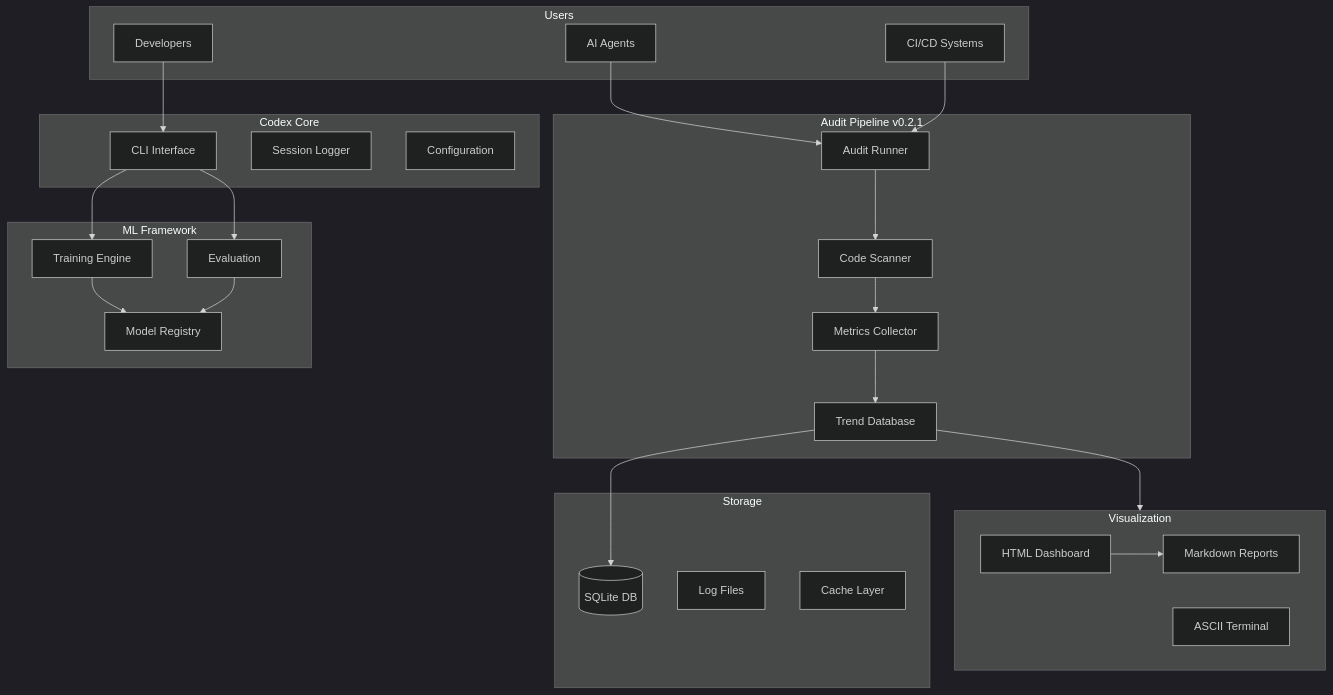
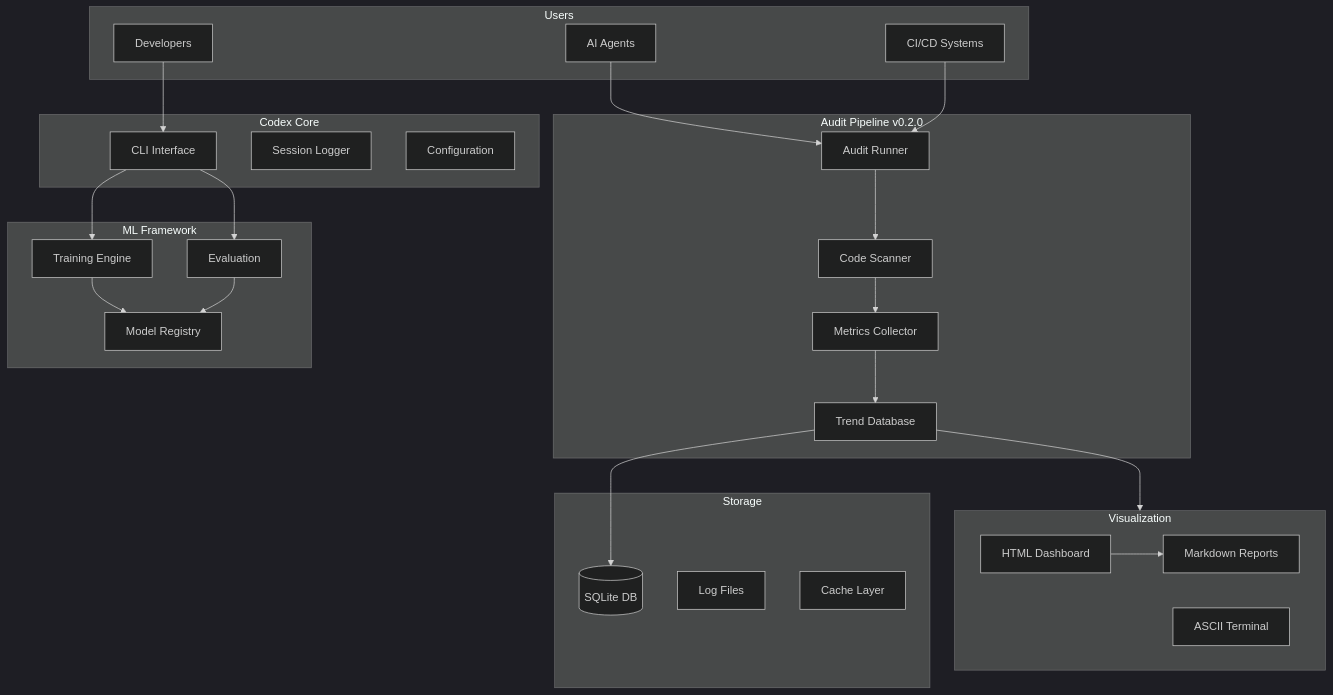
One commit to Aries-Serpent/_codex_ changed the diagram in docs/ARCHITECTURE_BLUEPRINT.md. Above: the diagram before and after it, drawn with Mermaid (dark theme). The commit also changed other lines of this file and 4117 other files, not shown here.

````diff
--- a/docs/ARCHITECTURE_BLUEPRINT.md
+++ b/docs/ARCHITECTURE_BLUEPRINT.md
@@ -229,59 +229,67 @@
 ```mermaid
 %%{init: {'accessibility': {'title': 'Flowchart showing " Users", Developers'}}%%
+
 flowchart TB
  subgraph Users[" Users"]
  Dev[Developers]
  Agent[AI Agents]
  CI[CI/CD Systems]
  end
 
  subgraph Core[" Codex Core"]
  CLI[CLI Interface]
  Logging[Session Logger]
  Config[Configuration]
  end
 
- subgraph Pipeline[" Audit Pipeline v0.2.1"]
+ subgraph Pipeline[" Audit Pipeline v0.2.0"]
  Runner[Audit Runner]
  Scanner[Code Scanner]
  Metrics[Metrics Collector]
  Trends[Trend Database]
  end
 
  subgraph ML[" ML Framework"]
  Training[Training Engine]
  Eval[Evaluation]
  Models[Model Registry]
  end
 
  subgraph Viz[" Visualization"]
  Dashboard[HTML Dashboard]
  Terminal[ASCII Terminal]
  Reports[Markdown Reports]
  end
 
  subgraph Storage[" Storage"]
  SQLite[(SQLite DB)]
  Logs[Log Files]
  Cache[Cache Layer]
  end
 
  Dev --> CLI
+
  Agent --> Runner
+
  CI --> Runner
 
  CLI --> Training
+
  CLI --> Eval
 
  Runner --> Scanner
+
  Scanner --> Metrics
+
  Metrics --> Trends
 
  Trends --> SQLite
+
  Trends --> Viz
 
  Training --> Models
+
  Eval --> Models
 
  Dashboard --> Reports
 ```
````
